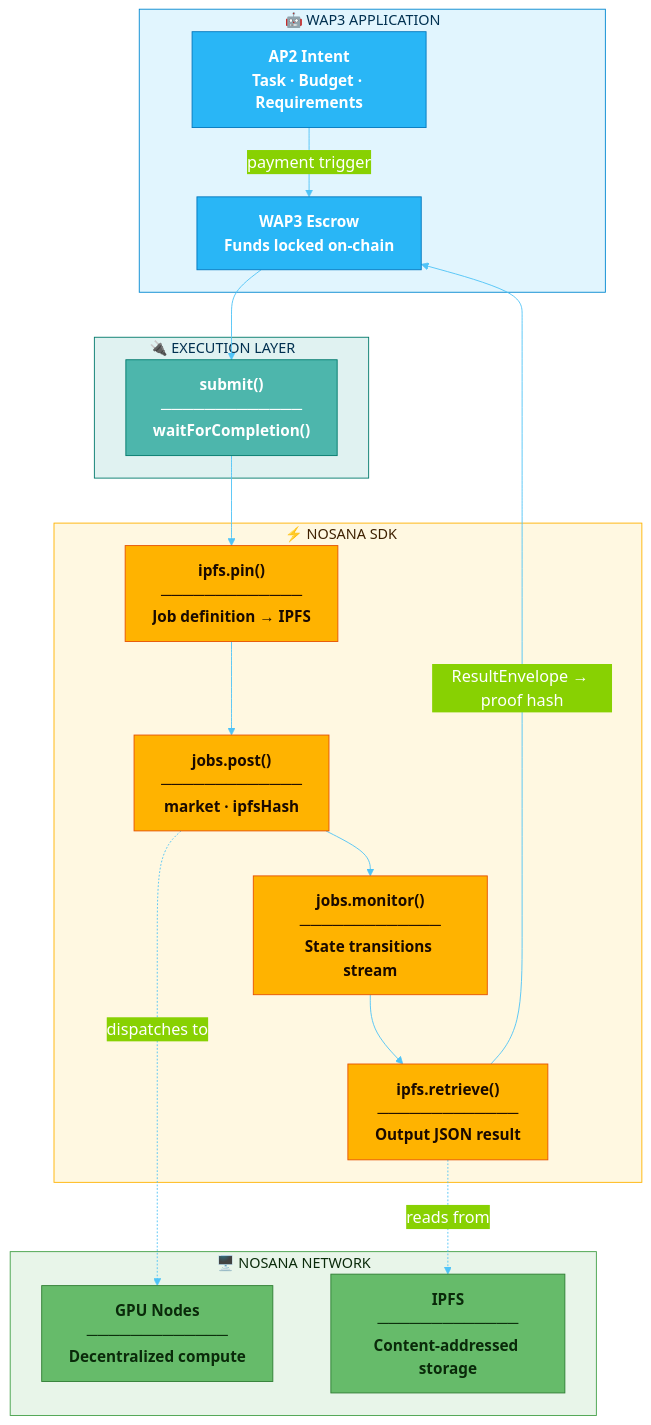
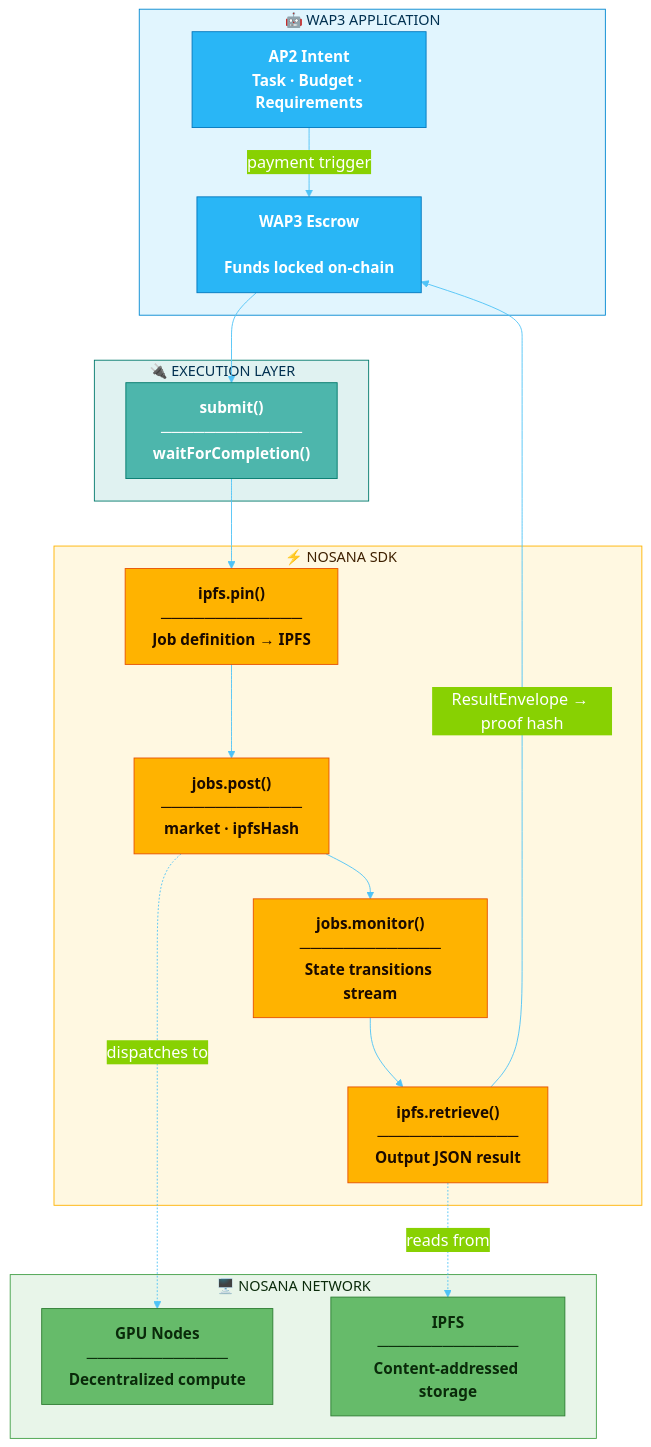
The second of 3 diagrams in docs/NOSANA_INTEGRATION.md (nelsonjingusc/wap3-agent-payment-poc), drawn with Mermaid before and after one commit.

Commit message:
update diagram

````diff
--- a/docs/NOSANA_INTEGRATION.md
+++ b/docs/NOSANA_INTEGRATION.md
@@ -77,56 +77,58 @@
 ```mermaid
 %%{init: {
   "theme": "base",
   "themeVariables": {
     "primaryColor": "#0288D1",
     "primaryTextColor": "#FFFFFF",
     "primaryBorderColor": "#01579B",
     "lineColor": "#4FC3F7",
     "fontFamily": "Inter, system-ui, sans-serif",
     "fontSize": "18px"
   }
 }}%%
 flowchart TB
     subgraph APP["🤖  WAP3 APPLICATION"]
         A1["AP2 Intent<br/>Task · Budget · Requirements"]
-        A2["WAP3 Escrow<br/>Funds locked on-chain"]
+        A2["WAP3 Escrow
+        
+        Funds locked on-chain"]
         A1 -->|"payment trigger"| A2
     end
 
     subgraph EXEC["🔌  EXECUTION LAYER"]
         I["submit() <br/>─────────────<br/> waitForCompletion()"]
     end
 
     subgraph NOS["⚡ NOSANA SDK"]
         N1["ipfs.pin()<br/>─────────────<br/>Job definition → IPFS"]
         N2["jobs.post()<br/>─────────────<br/>market · ipfsHash"]
         N3["jobs.monitor()<br/>─────────────<br/>State transitions stream"]
         N4["ipfs.retrieve()<br/>─────────────<br/>Output JSON result"]
         N1 --> N2 --> N3 --> N4
     end
 
     subgraph NET["🖥️  NOSANA NETWORK"]
         G["GPU Nodes<br/>─────────────<br/>Decentralized compute"]
         H["IPFS<br/>─────────────<br/>Content-addressed storage"]
     end
 
     A2 --> I --> N1
     N4 -->|"ResultEnvelope → proof hash"| A2
     N2 -.->|"dispatches to"| G
     N4 -.->|"reads from"| H
 
     classDef appNode fill:#29B6F6,stroke:#0277BD,color:#FFFFFF,font-size:17px,font-weight:bold
     classDef ifaceNode fill:#4DB6AC,stroke:#00796B,color:#FFFFFF,font-size:17px,font-weight:bold
     classDef nosNode fill:#FFB300,stroke:#E65100,color:#1A0A00,font-size:17px,font-weight:bold
     classDef netNode fill:#66BB6A,stroke:#2E7D32,color:#0A2A0A,font-size:17px,font-weight:bold
 
     class A1,A2 appNode
     class I ifaceNode
     class N1,N2,N3,N4 nosNode
     class G,H netNode
 
     style APP fill:#E1F5FE,stroke:#0288D1,color:#003050,font-size:16px
     style EXEC fill:#E0F2F1,stroke:#00796B,color:#003050,font-size:16px
     style NOS fill:#FFF8E1,stroke:#FFB300,color:#3E2000,font-size:16px
     style NET fill:#E8F5E9,stroke:#43A047,color:#0A2A0A,font-size:16px
 ```
````
